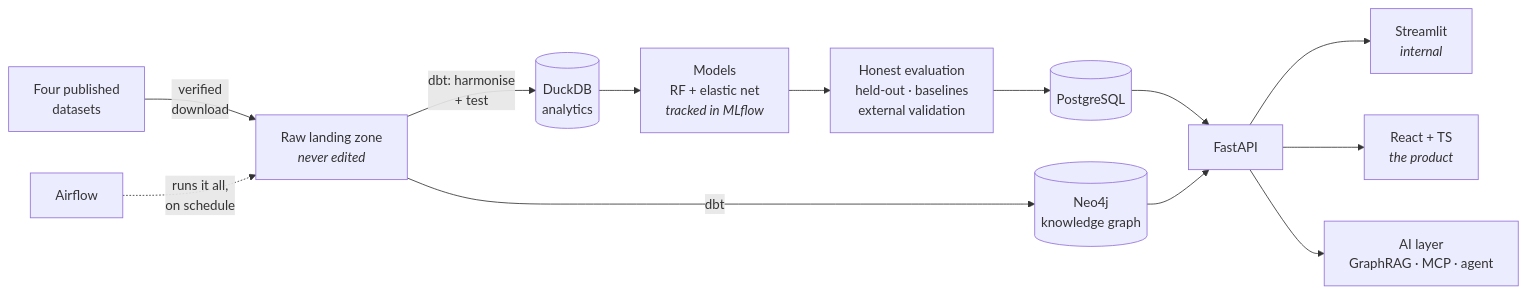
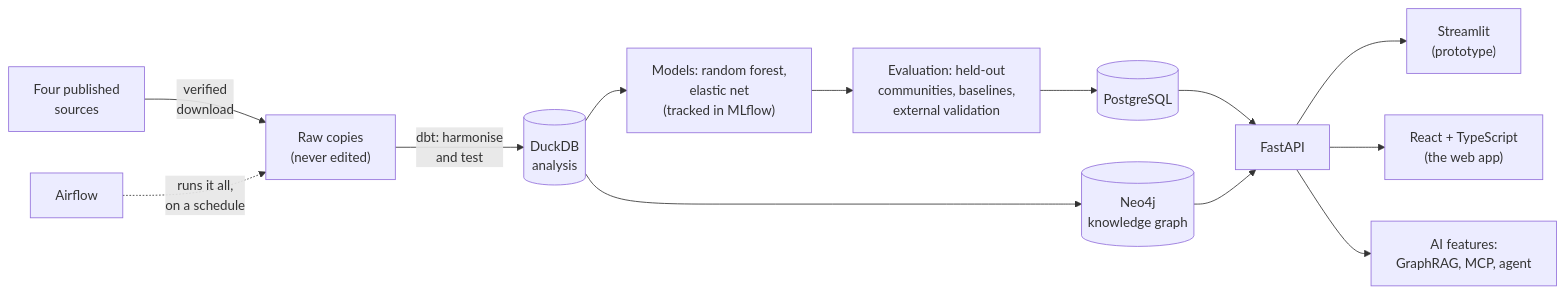
One commit to akannan2987/realsignal changed the diagram in README.md. Above: the diagram before and after it, drawn with Mermaid. The commit also changed other lines of this file and 41 other files, not shown here.

Commit message:
feat: verified download of the published dataset, Handbook, safety gate and illustrations

````diff
--- a/README.md
+++ b/README.md
@@ -191,15 +123,15 @@
 ```mermaid
 flowchart LR
-    A["Four published<br/>datasets"] -->|"verified<br/>download"| B["Raw landing zone<br/><i>never edited</i>"]
-    B -->|"dbt: harmonise<br/>+ test"| C[("DuckDB<br/>analytics")]
-    B -->|"dbt"| D[("Neo4j<br/>knowledge graph")]
-    C --> E["Models<br/>RF + elastic net<br/><i>tracked in MLflow</i>"]
-    E --> F["Honest evaluation<br/>held-out · baselines<br/>external validation"]
+    A["Four published<br/>sources"] -->|"verified<br/>download"| B["Raw copies<br/>(never edited)"]
+    B -->|"dbt: harmonise<br/>and test"| C[("DuckDB<br/>analysis")]
+    C --> D[("Neo4j<br/>knowledge graph")]
+    C --> E["Models: random forest,<br/>elastic net<br/>(tracked in MLflow)"]
+    E --> F["Evaluation: held-out<br/>communities, baselines,<br/>external validation"]
     F --> G[("PostgreSQL")]
     G --> H["FastAPI"]
     D --> H
-    H --> I["Streamlit<br/><i>internal</i>"]
-    H --> J["React + TS<br/><i>the product</i>"]
-    H --> K["AI layer<br/>GraphRAG · MCP · agent"]
-    L["Airflow"] -.->|"runs it all,<br/>on schedule"| B
+    H --> I["Streamlit<br/>(prototype)"]
+    H --> J["React + TypeScript<br/>(the web app)"]
+    H --> K["AI features:<br/>GraphRAG, MCP, agent"]
+    L["Airflow"] -.->|"runs it all,<br/>on a schedule"| B
 ```
````
